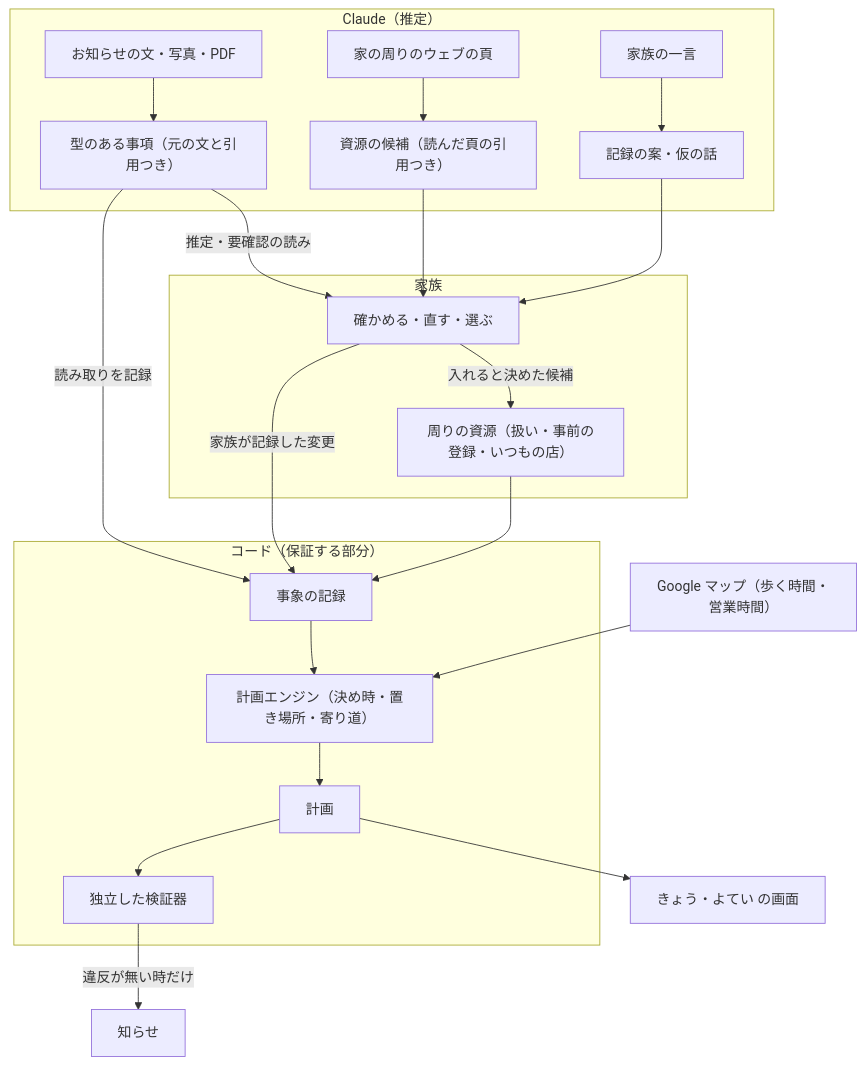
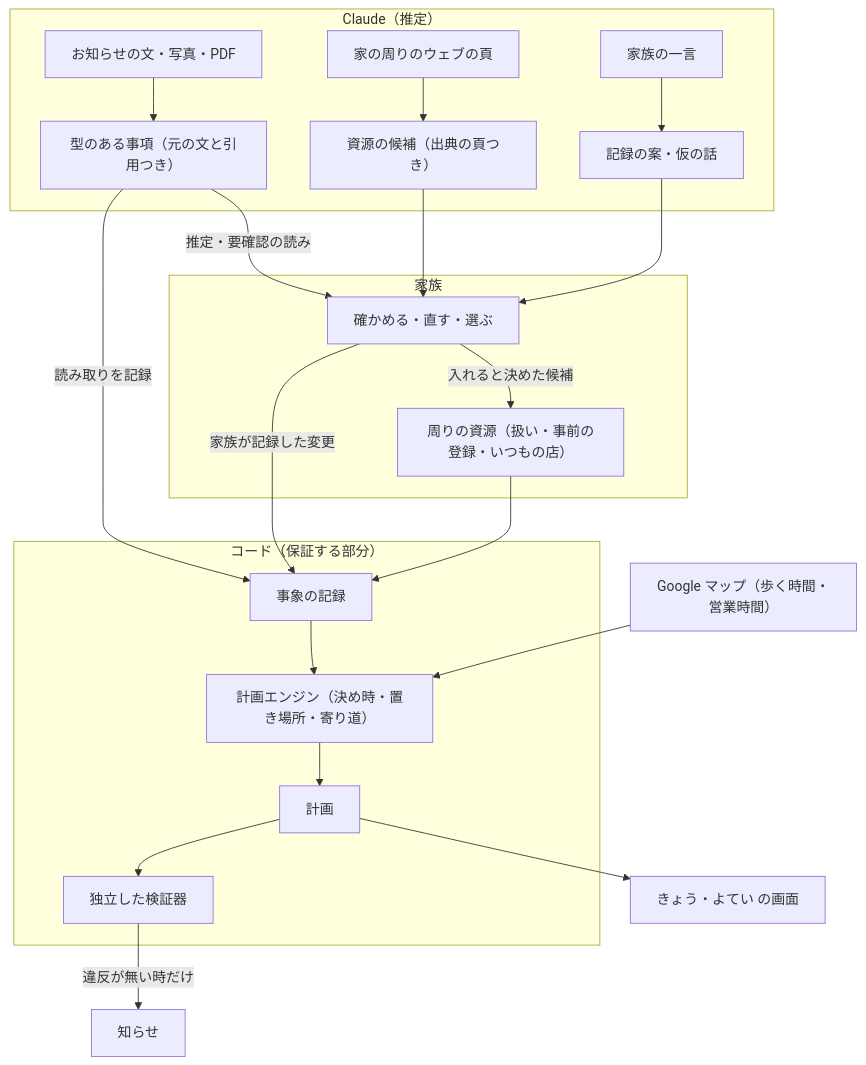
Before and after one commit to ChesterRa/maniau: the diagram in README.md, drawn with Mermaid. The commit also changed other lines of this file and 18 other files, not shown here.

````diff
--- a/README.md
+++ b/README.md
@@ -61,27 +61,27 @@
 ```mermaid
 flowchart TB
   subgraph sgClaude["Claude（推定）"]
     notice["お知らせの文・写真・PDF"] --> facts["型のある事項（元の文と引用つき）"]
-    around["家の周りのウェブの頁"] --> cands["資源の候補（読んだ頁の引用つき）"]
+    around["家の周りのウェブの頁"] --> cands["資源の候補（出典の頁つき）"]
     said["家族の一言"] --> drafts["記録の案・仮の話"]
   end
   subgraph sgFamily["家族"]
     confirm["確かめる・直す・選ぶ"]
     res["周りの資源（扱い・事前の登録・いつもの店）"]
   end
   subgraph sgCode["コード（保証する部分）"]
     log["事象の記録"] --> engine["計画エンジン（決め時・置き場所・寄り道）"]
     engine --> plan["計画"]
     plan --> verify["独立した検証器"]
   end
   facts -->|読み取りを記録| log
   facts -->|推定・要確認の読み| confirm
   cands --> confirm
   drafts --> confirm
   confirm -->|入れると決めた候補| res
   confirm -->|家族が記録した変更| log
   res --> log
   maps["Google マップ（歩く時間・営業時間）"] --> engine
   plan --> today["きょう・よてい の画面"]
   verify -->|違反が無い時だけ| push["知らせ"]
 ```
````
